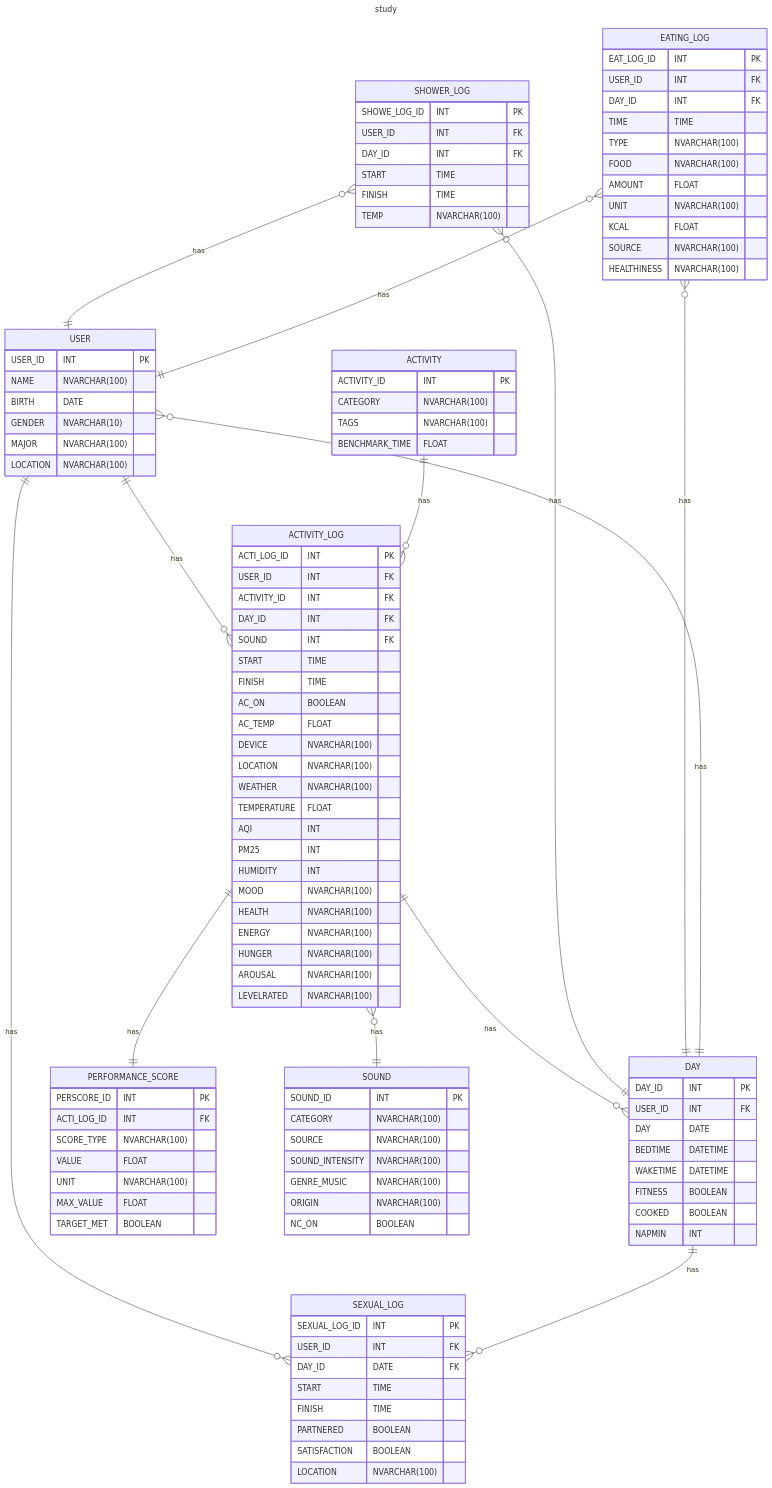
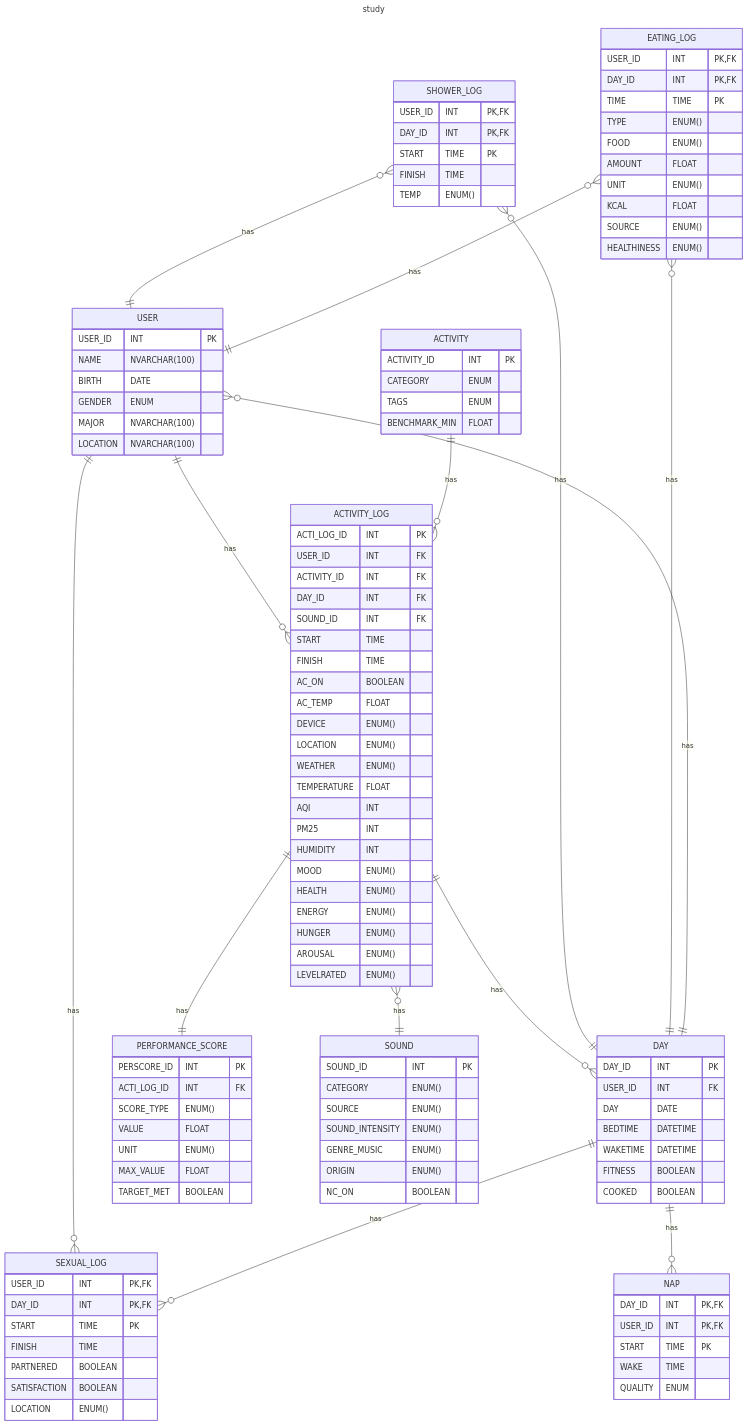
Before and after one commit to Bancie/LearningDB: the diagram in brain.study/README.md, drawn with Mermaid. The commit also changed other lines of this file and 14 other files, not shown here.

````diff
--- a/brain.study/README.md
+++ b/brain.study/README.md
@@ -9,16 +9,16 @@
         USER_ID INT PK
         NAME NVARCHAR(100)
         BIRTH DATE
-        GENDER NVARCHAR(10)
+        GENDER ENUM
         MAJOR NVARCHAR(100)
         LOCATION NVARCHAR(100)
     }
 
     ACTIVITY {
         ACTIVITY_ID INT PK
-        CATEGORY NVARCHAR(100)
-        TAGS NVARCHAR(100)
-        BENCHMARK_TIME FLOAT
+        CATEGORY ENUM
+        TAGS ENUM
+        BENCHMARK_MIN FLOAT
     }
 
     DAY {
@@ -29,7 +29,14 @@
         WAKETIME DATETIME
         FITNESS BOOLEAN
         COOKED BOOLEAN
-        NAPMIN INT
+    }
+
+    NAP {
+        DAY_ID INT PK, FK
+        USER_ID INT PK, FK
+        START TIME PK
+        WAKE TIME
+        QUALITY ENUM
     }
 
     ACTIVITY_LOG {
@@ -37,77 +44,74 @@
         USER_ID INT FK
         ACTIVITY_ID INT FK
         DAY_ID INT FK
-        SOUND INT FK
+        SOUND_ID INT FK
         START TIME
         FINISH TIME
         AC_ON BOOLEAN
         AC_TEMP FLOAT
-        DEVICE NVARCHAR(100)
-        LOCATION NVARCHAR(100)
-        WEATHER NVARCHAR(100)
+        DEVICE ENUM()
+        LOCATION ENUM()
+        WEATHER ENUM()
         TEMPERATURE FLOAT
         AQI INT
         PM25 INT
         HUMIDITY INT
-        MOOD NVARCHAR(100)
-        HEALTH NVARCHAR(100)
-        ENERGY NVARCHAR(100)
-        HUNGER NVARCHAR(100)
-        AROUSAL NVARCHAR(100)
-        LEVELRATED NVARCHAR(100)
+        MOOD ENUM()
+        HEALTH ENUM()
+        ENERGY ENUM()
+        HUNGER ENUM()
+        AROUSAL ENUM()
+        LEVELRATED ENUM()
     }
 
     PERFORMANCE_SCORE {
         PERSCORE_ID INT PK
         ACTI_LOG_ID INT FK
-        SCORE_TYPE NVARCHAR(100)
+        SCORE_TYPE ENUM()
         VALUE FLOAT
-        UNIT NVARCHAR(100)
+        UNIT ENUM()
         MAX_VALUE FLOAT
         TARGET_MET BOOLEAN
     }
 
     SEXUAL_LOG {
-        SEXUAL_LOG_ID INT PK
-        USER_ID INT FK
-        DAY_ID DATE FK
-        START TIME
+        USER_ID INT PK, FK
+        DAY_ID INT PK, FK
+        START TIME PK
         FINISH TIME
         PARTNERED BOOLEAN
         SATISFACTION BOOLEAN
-        LOCATION NVARCHAR(100)
+        LOCATION ENUM()
     }
 
     SHOWER_LOG {
-        SHOWE_LOG_ID INT PK
-        USER_ID INT FK
-        DAY_ID INT FK
-        START TIME
+        USER_ID INT PK, FK
+        DAY_ID INT PK, FK
+        START TIME PK
         FINISH TIME
-        TEMP NVARCHAR(100)
+        TEMP ENUM()
     }
 
     EATING_LOG {
-        EAT_LOG_ID INT PK
-        USER_ID INT FK
-        DAY_ID INT FK
-        TIME TIME
-        TYPE NVARCHAR(100)
-        FOOD NVARCHAR(100)
+        USER_ID INT PK, FK
+        DAY_ID INT PK, FK
+        TIME TIME PK
+        TYPE ENUM()
+        FOOD ENUM()
         AMOUNT FLOAT
-        UNIT NVARCHAR(100)
+        UNIT ENUM()
         KCAL FLOAT
-        SOURCE NVARCHAR(100)
-        HEALTHINESS NVARCHAR(100)
+        SOURCE ENUM()
+        HEALTHINESS ENUM()
     }
 
     SOUND {
         SOUND_ID INT PK
-        CATEGORY NVARCHAR(100)
-        SOURCE NVARCHAR(100)
-        SOUND_INTENSITY NVARCHAR(100)
-        GENRE_MUSIC NVARCHAR(100)
-        ORIGIN NVARCHAR(100)
+        CATEGORY ENUM()
+        SOURCE ENUM()
+        SOUND_INTENSITY ENUM()
+        GENRE_MUSIC ENUM()
+        ORIGIN ENUM()
         NC_ON BOOLEAN
     }
 
@@ -123,4 +127,5 @@
     EATING_LOG o{--|| USER : has
     EATING_LOG o{--|| DAY : has
     ACTIVITY_LOG o{--|| SOUND : has
+    DAY ||--o{ NAP : has
 ```
````
